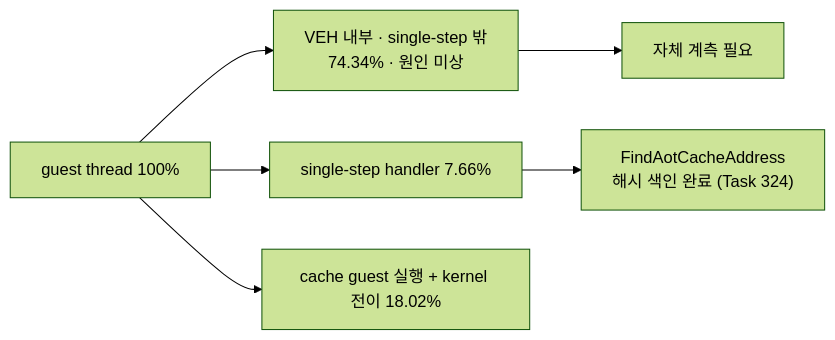
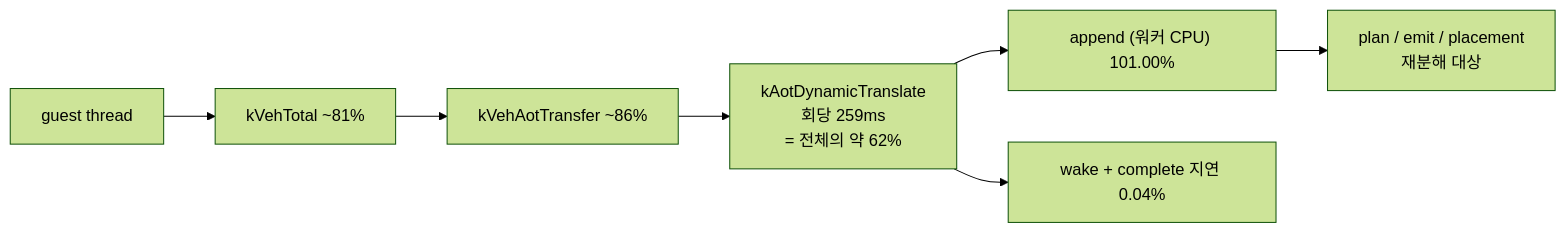
Before and after one commit to nworkers/rePIU: the diagram in docs/analysis/current-execution-frontier.md, drawn with Mermaid (forest theme). The commit also changed other lines of this file and 25 other files, not shown here.

First line of the commit message:
feat: attribute execution cost down to dynamic translation on the worker thread (v0.0.101)

````diff
--- a/docs/analysis/current-execution-frontier.md
+++ b/docs/analysis/current-execution-frontier.md
@@ -103,8 +171,9 @@
 ```mermaid
 flowchart LR
-    T["guest thread 100%"] --> B["VEH 내부 · single-step 밖<br/>74.34% · 원인 미상"]
-    T --> S["single-step handler 7.66%"]
-    T --> G["cache guest 실행 + kernel 전이 18.02%"]
-    S --> F["FindAotCacheAddress<br/>해시 색인 완료 (Task 324)"]
-    B --> N["자체 계측 필요"]
+    T["guest thread"] --> V["kVehTotal ~81%"]
+    V --> A["kVehAotTransfer ~86%"]
+    A --> D["kAotDynamicTranslate<br/>회당 259ms<br/>= 전체의 약 62%"]
+    D --> W["append (워커 CPU) 101.00%"]
+    D --> L["wake + complete 지연 0.04%"]
+    W --> N["plan / emit / placement<br/>재분해 대상"]
 ```
````
